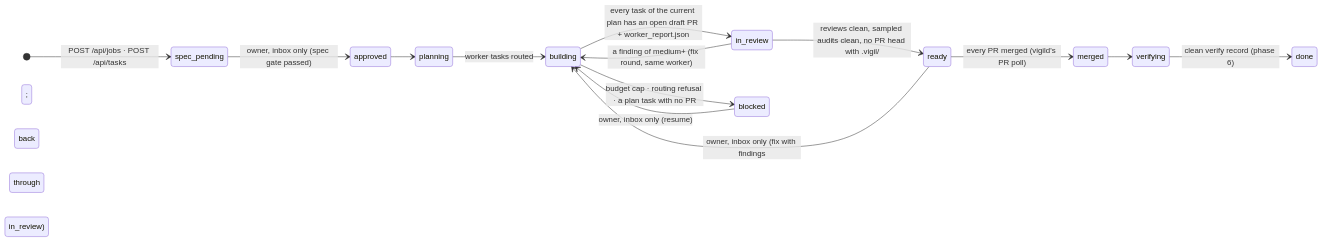
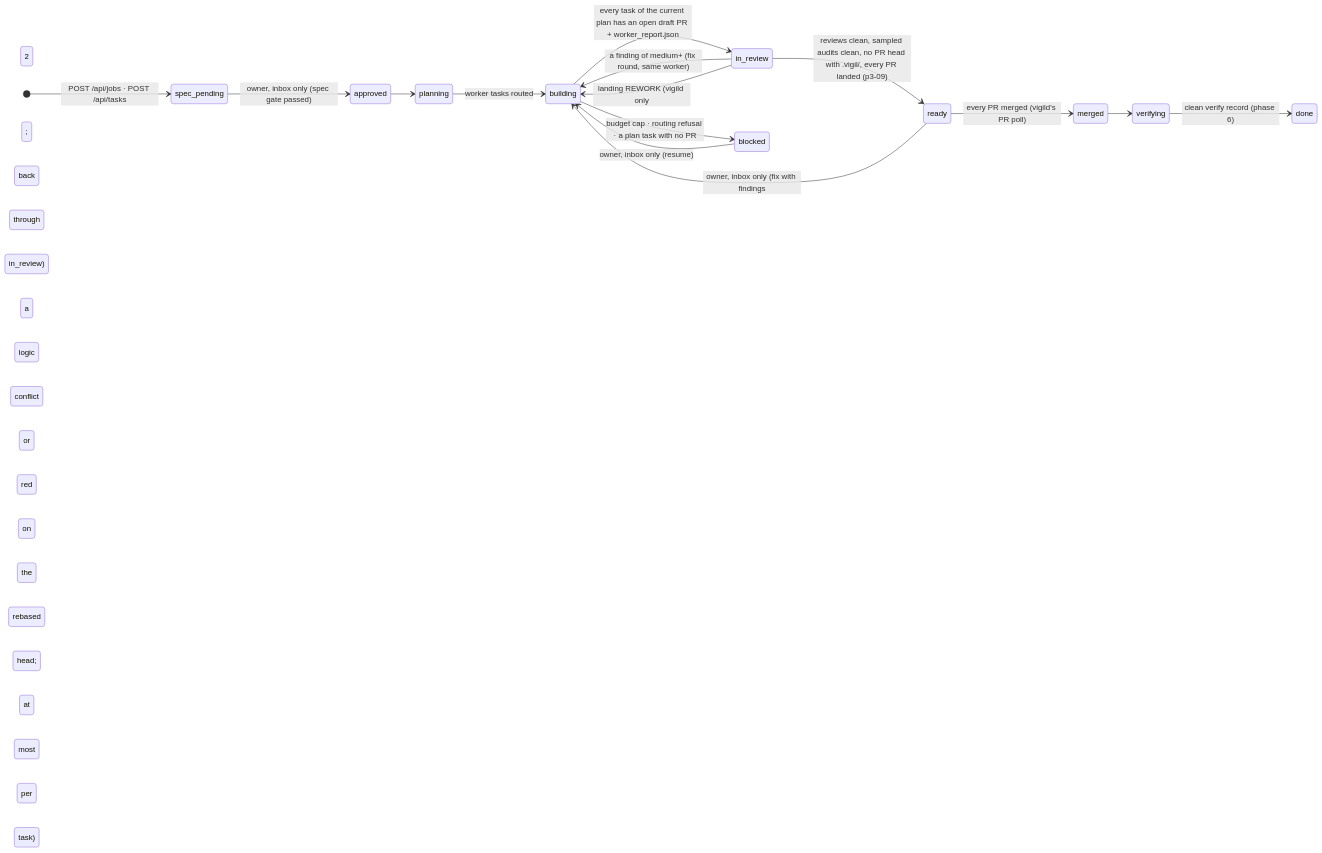
One commit to thomasbardhi01/vigil changed the second of 3 diagrams in docs/architecture.md. Above: the diagram before and after it, drawn with Mermaid. The commit also changed other lines of this file and 13 other files, not shown here.

First line of the commit message:
p3-09 (2/2): the runner lands each PR before its ready card; REWORK under a lease; the merge binding (#260)

````diff
--- a/docs/architecture.md
+++ b/docs/architecture.md
@@ -250,17 +250,18 @@
 ```mermaid
 stateDiagram-v2
   direction LR
   [*] --> spec_pending: POST /api/jobs · POST /api/tasks
   spec_pending --> approved: owner, inbox only (spec gate passed)
   approved --> planning
   planning --> building: worker tasks routed
   building --> in_review: every task of the current plan has an open draft PR + worker_report.json
   in_review --> building: a finding of medium+ (fix round, same worker)
   ready --> building: owner, inbox only (fix with findings; back through in_review)
-  in_review --> ready: reviews clean, sampled audits clean, no PR head with .vigil/
+  in_review --> ready: reviews clean, sampled audits clean, no PR head with .vigil/, every PR landed (p3-09)
+  in_review --> building: landing REWORK (vigild only; a logic conflict or red on the rebased head; at most 2 per task)
   ready --> merged: every PR merged (vigild's PR poll)
   merged --> verifying
   verifying --> done: clean verify record (phase 6)
   building --> blocked: budget cap · routing refusal · a plan task with no PR
   blocked --> building: owner, inbox only (resume)
 ```
````
